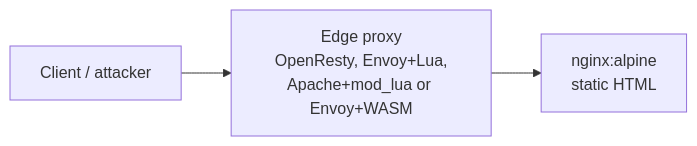
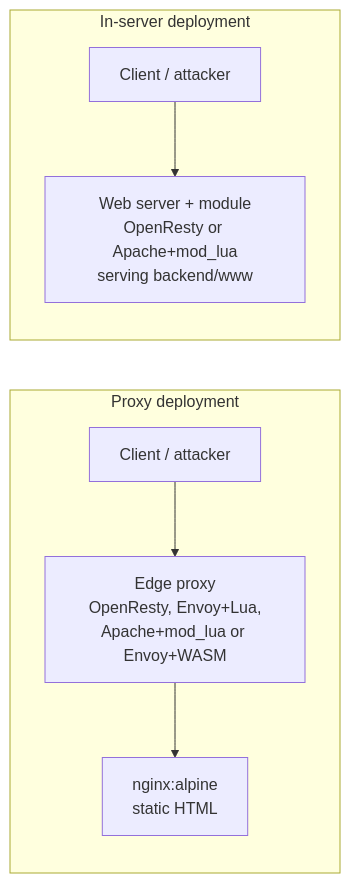
Before and after one commit to mihirambli/HoneyPotThesis: the diagram in CONTEXT.md, drawn with Mermaid. The commit also changed other lines of this file and 117 other files, not shown here.

````diff
--- a/CONTEXT.md
+++ b/CONTEXT.md
@@ -81,9 +83,15 @@
 ```mermaid
 flowchart LR
-  Client[Client / attacker]
-  Edge[Edge proxy\nOpenResty, Envoy+Lua,\nApache+mod_lua or Envoy+WASM]
-  Backend[nginx:alpine\nstatic HTML]
-
-  Client --> Edge
-  Edge --> Backend
+  subgraph Proxy deployment
+    Client[Client / attacker]
+    Edge[Edge proxy\nOpenResty, Envoy+Lua,\nApache+mod_lua or Envoy+WASM]
+    Backend[nginx:alpine\nstatic HTML]
+    Client --> Edge
+    Edge --> Backend
+  end
+  subgraph In-server deployment
+    Client2[Client / attacker]
+    Server[Web server + module\nOpenResty or Apache+mod_lua\nserving backend/www]
+    Client2 --> Server
+  end
 ```
````
